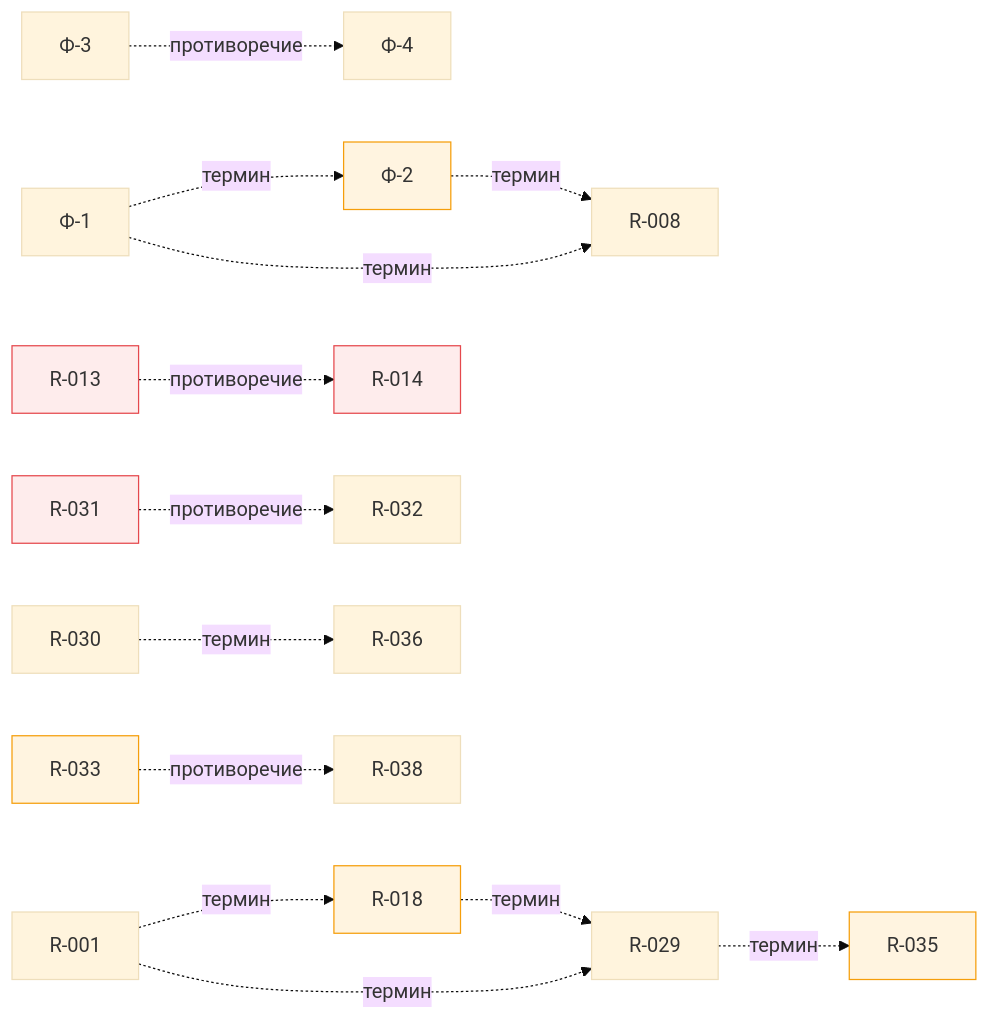
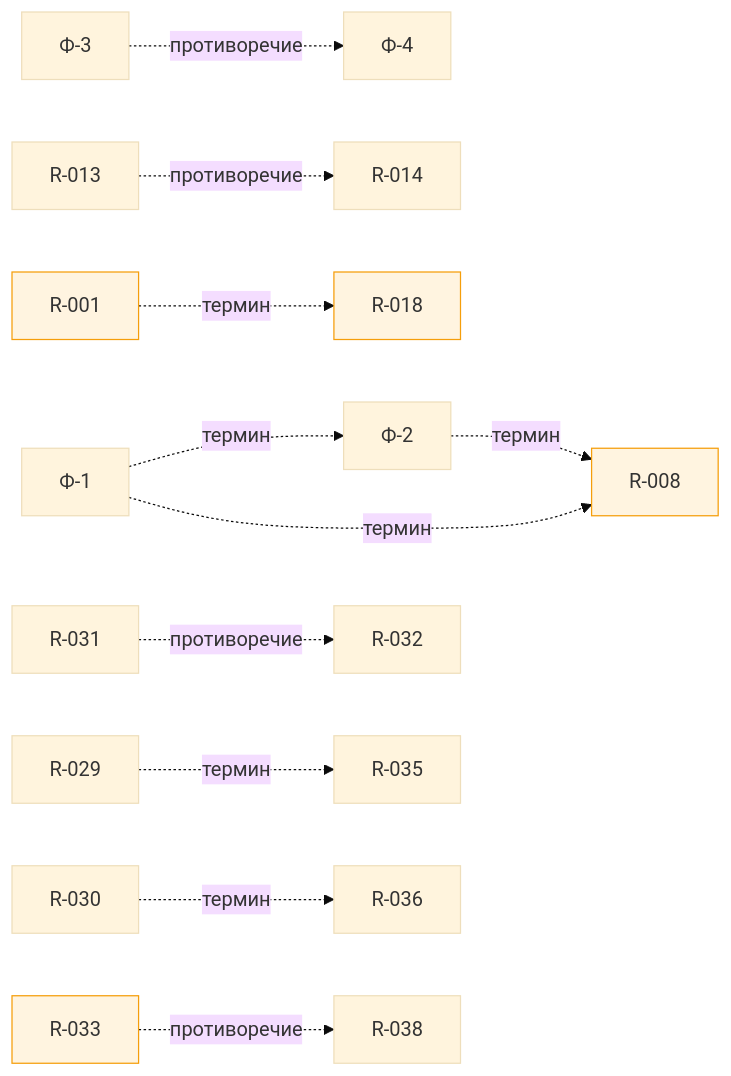
One commit to Aidana17022007/req-review-agent changed the diagram in reports/requirements-report.md. Above: the diagram before and after it, drawn with Mermaid (base theme). The commit also changed other lines of this file and 4 other files, not shown here.

````diff
--- a/reports/requirements-report.md
+++ b/reports/requirements-report.md
@@ -1315,39 +1357,34 @@
 ```mermaid
 graph LR
   R_001["R-001"]
   R_002["Ф-1"]
   R_003["Ф-2"]
   R_004["Ф-3"]
   R_005["Ф-4"]
   R_008["R-008"]
   R_013["R-013"]
   R_014["R-014"]
   R_018["R-018"]
   R_029["R-029"]
   R_030["R-030"]
   R_031["R-031"]
   R_032["R-032"]
   R_033["R-033"]
   R_035["R-035"]
   R_036["R-036"]
   R_038["R-038"]
   R_013 -. противоречие .-> R_014
   R_004 -. противоречие .-> R_005
   R_029 -. термин .-> R_035
   R_030 -. термин .-> R_036
   R_031 -. противоречие .-> R_032
   R_002 -. термин .-> R_003
   R_002 -. термин .-> R_008
   R_003 -. термин .-> R_008
   R_033 -. противоречие .-> R_038
   R_001 -. термин .-> R_018
-  R_001 -. термин .-> R_029
-  R_018 -. термин .-> R_029
-  style R_003 fill:#FFF4E0,stroke:#F59E0B
-  style R_013 fill:#FEECEC,stroke:#E5484D
-  style R_014 fill:#FEECEC,stroke:#E5484D
+  style R_001 fill:#FFF4E0,stroke:#F59E0B
+  style R_008 fill:#FFF4E0,stroke:#F59E0B
   style R_018 fill:#FFF4E0,stroke:#F59E0B
-  style R_031 fill:#FEECEC,stroke:#E5484D
   style R_033 fill:#FFF4E0,stroke:#F59E0B
-  style R_035 fill:#FFF4E0,stroke:#F59E0B
 ```
````
